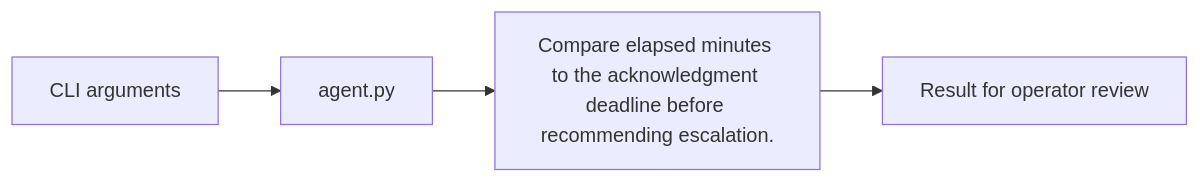
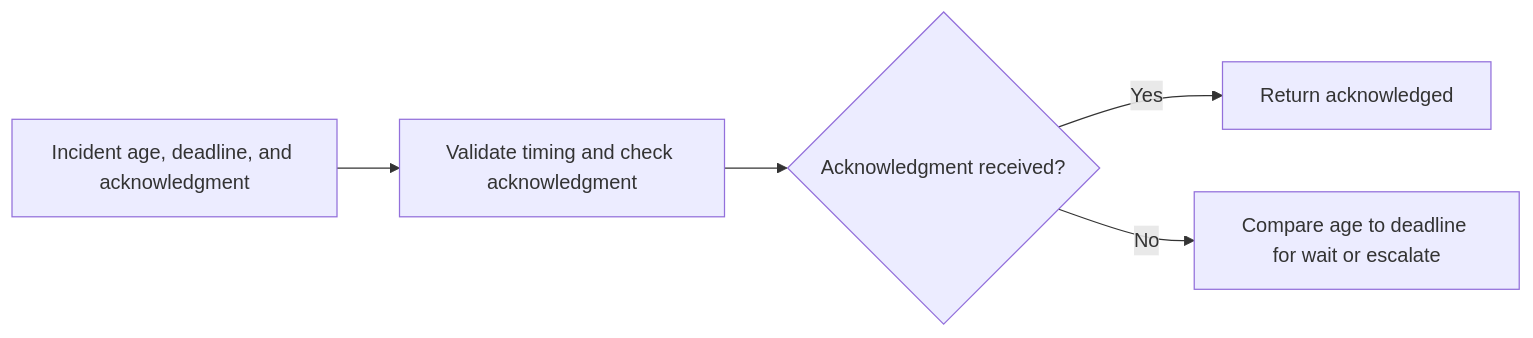
Before and after one commit to Klokesh493/pagerduty-escalation-agent: the diagram in docs/ARCHITECTURE.md, drawn with Mermaid. The commit also changed 1 other file, not shown here.

Commit message:
Show the project decision flow in its README

````diff
--- a/docs/ARCHITECTURE.md
+++ b/docs/ARCHITECTURE.md
@@ -5,8 +5,11 @@
 ```mermaid
 flowchart LR
-    N0["CLI arguments"]
-    N1["agent.py"]
-    N2["Compare elapsed minutes to the acknowledgment deadline before recommending escalation."]
-    N3["Result for operator review"]
-    N0 --> N1 --> N2 --> N3
+    A["Incident age, deadline, and acknowledgment"]
+    B["Validate timing and check acknowledgment"]
+    C{"Acknowledgment received?"}
+    D["Return acknowledged"]
+    E["Compare age to deadline for wait or escalate"]
+    A --> B --> C
+    C -->|Yes| D
+    C -->|No| E
 ```
````
